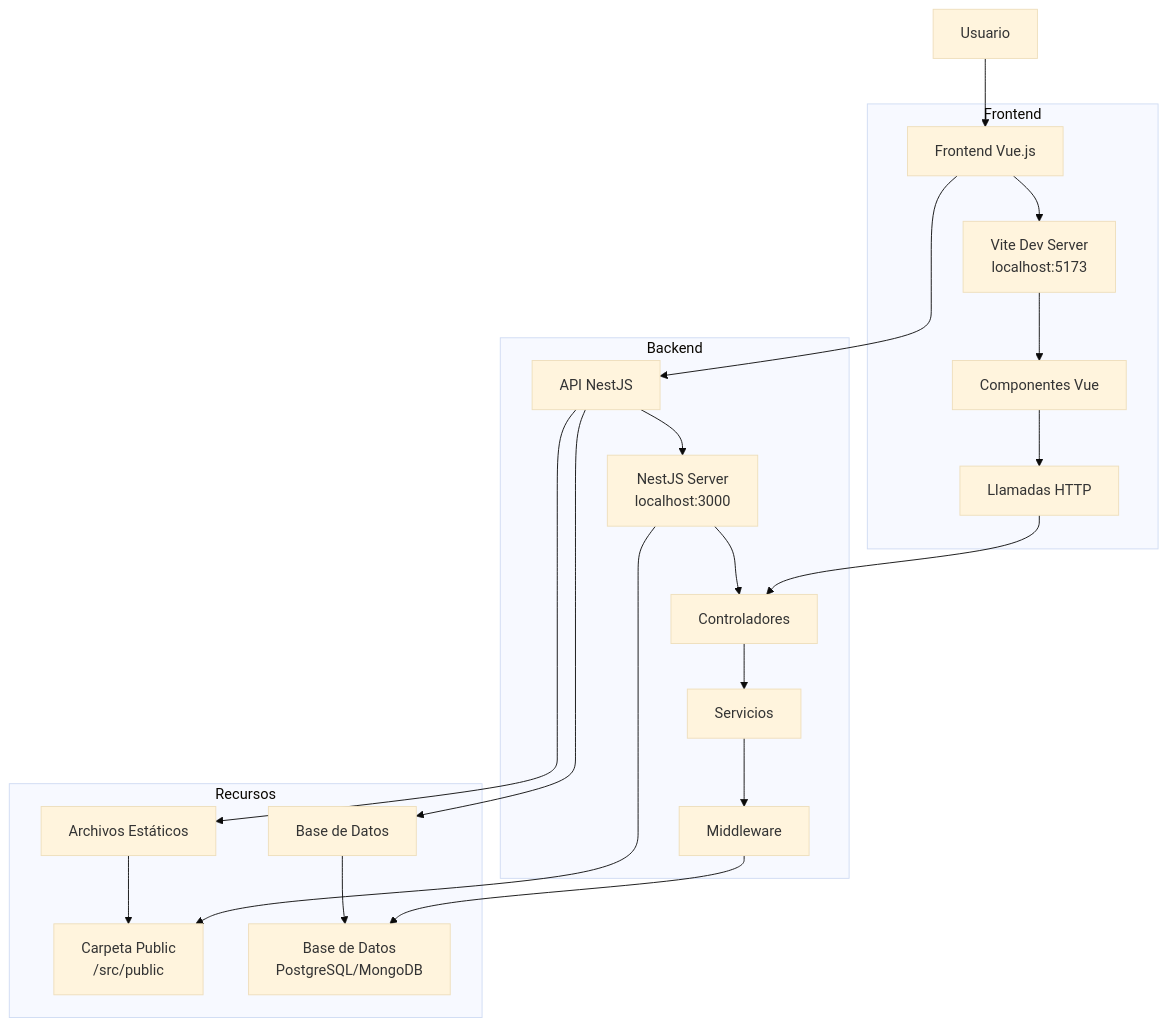
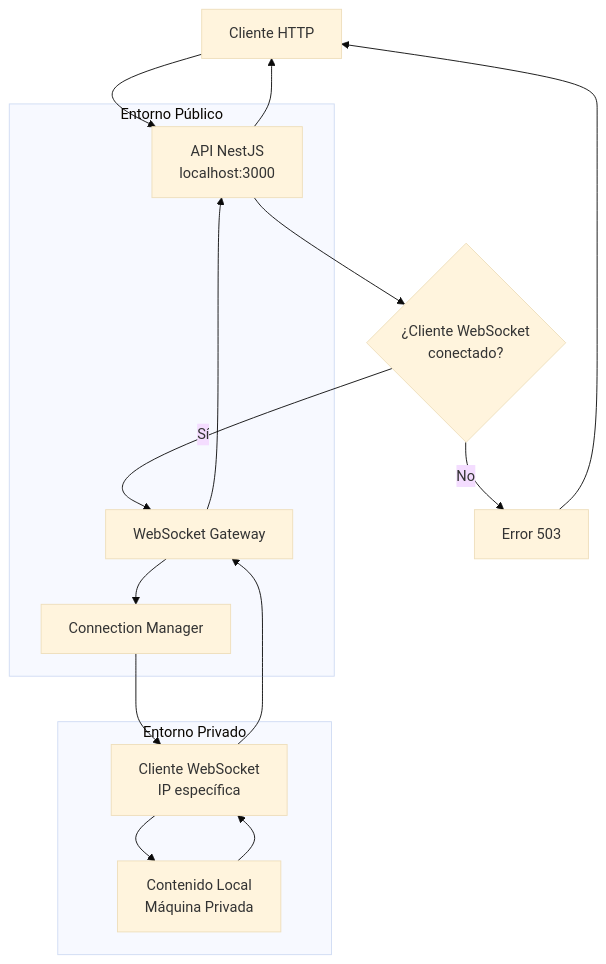
One commit to seyacat/closerclick changed the diagram in docs/ARCHITECTURE.md. Above: the diagram before and after it, drawn with Mermaid (base theme). The commit also changed other lines of this file and 6 other files, not shown here.

````diff
--- a/docs/ARCHITECTURE.md
+++ b/docs/ARCHITECTURE.md
@@ -5,29 +5,29 @@
 ```mermaid
 flowchart TD
-    A[Usuario] --> B[Frontend Vue.js]
-    B --> C[API NestJS]
-    C --> D[Base de Datos]
-    C --> E[Archivos Estáticos]
+    A[Cliente HTTP] --> B[API NestJS<br/>localhost:3000]
+    B --> C{¿Cliente WebSocket<br/>conectado?}
+    C -->|Sí| D[WebSocket Gateway]
+    C -->|No| E[Error 503]
     
-    subgraph Frontend
-        B --> F[Vite Dev Server<br/>localhost:5173]
-        F --> G[Componentes Vue]
-        G --> H[Llamadas HTTP]
+    D --> F[Connection Manager]
+    F --> G[Cliente WebSocket<br/>IP específica]
+    G --> H[Contenido Local<br/>Máquina Privada]
+    
+    H --> G
+    G --> D
+    D --> B
+    B --> A
+    
+    E --> A
+    
+    subgraph "Entorno Público"
+        B
+        D
+        F
     end
     
-    subgraph Backend
-        C --> I[NestJS Server<br/>localhost:3000]
-        I --> J[Controladores]
-        J --> K[Servicios]
-        K --> L[Middleware]
+    subgraph "Entorno Privado"
+        G
+        H
     end
-    
-    subgraph Recursos
-        E --> M[Carpeta Public<br/>/src/public]
-        D --> N[Base de Datos<br/>PostgreSQL/MongoDB]
-    end
-    
-    H --> J
-    L --> N
-    I --> M
 ```
````
